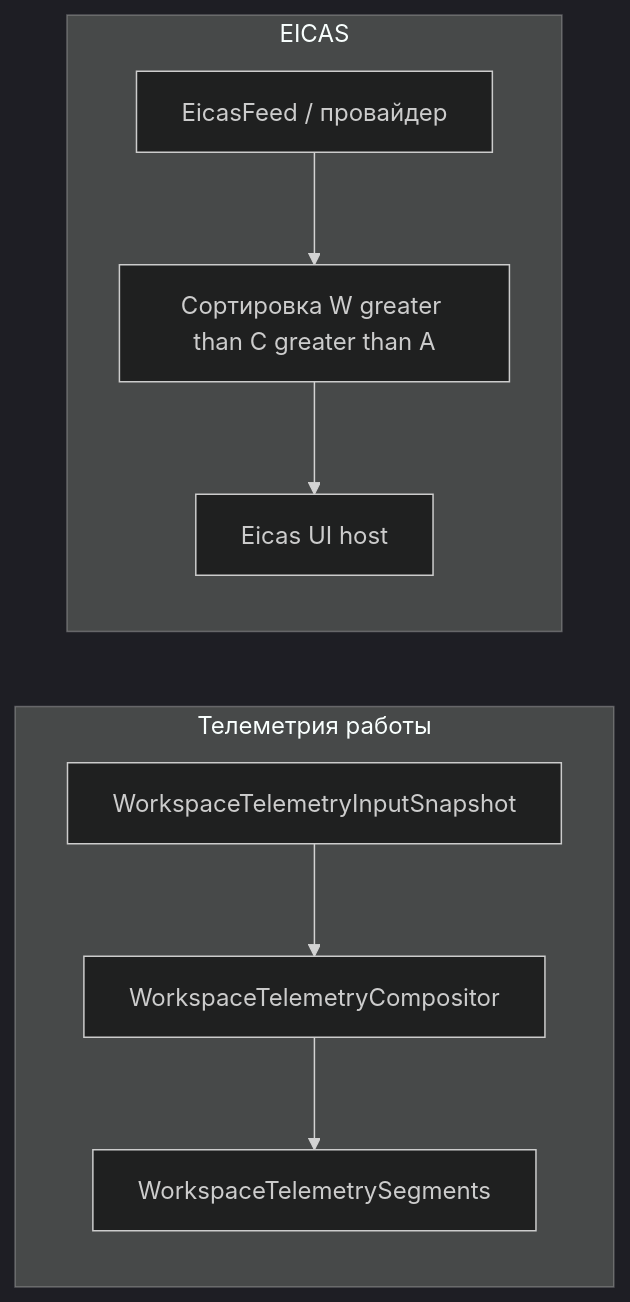
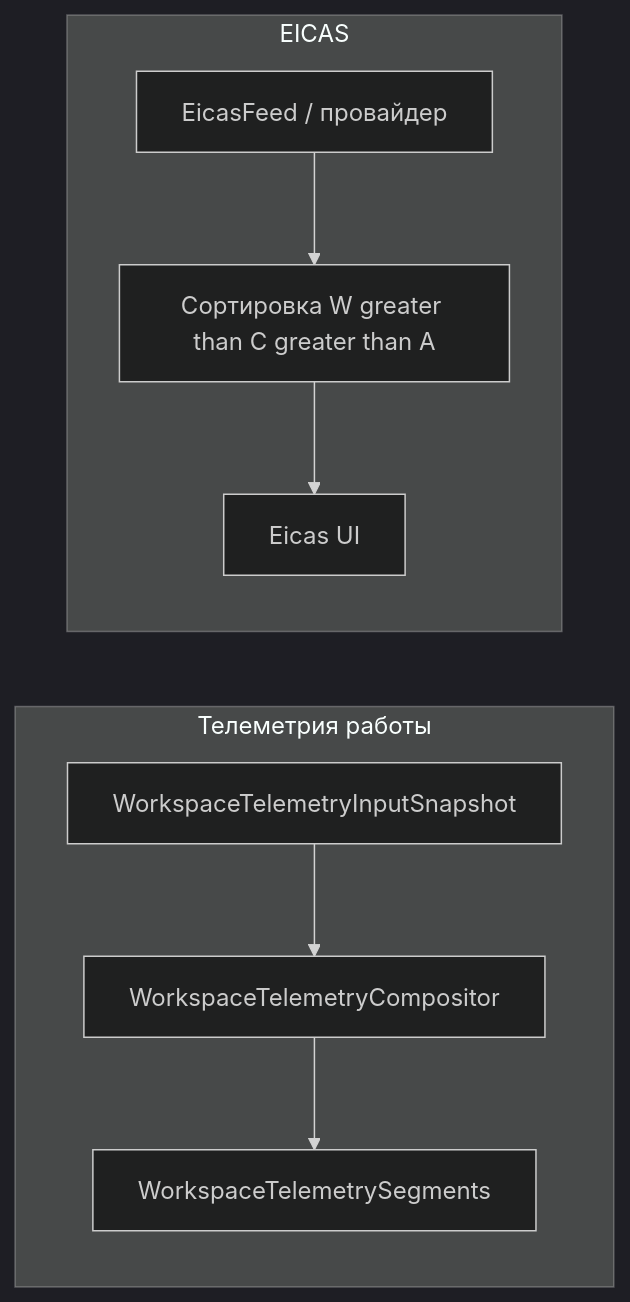
Before and after one commit to AI-Guiders/cascade-ide: the diagram in docs/design/workspace-telemetry-compositor-implementation-v1.md, drawn with Mermaid (dark theme). The commit also changed other lines of this file and 20 other files, not shown here.

````diff
--- a/docs/design/workspace-telemetry-compositor-implementation-v1.md
+++ b/docs/design/workspace-telemetry-compositor-implementation-v1.md
@@ -109,15 +109,15 @@
 ```mermaid
 flowchart LR
   subgraph work [Телеметрия работы]
     Snap[WorkspaceTelemetryInputSnapshot]
     Comp[WorkspaceTelemetryCompositor]
     Seg[WorkspaceTelemetrySegments]
   end
   subgraph eicas [EICAS]
     Feed[EicasFeed / провайдер]
     Rank[Сортировка W greater than C greater than A]
-    Cas[Eicas UI host]
+    Cas[Eicas UI]
   end
   Snap --> Comp --> Seg
   Feed --> Rank --> Cas
 ```
````
